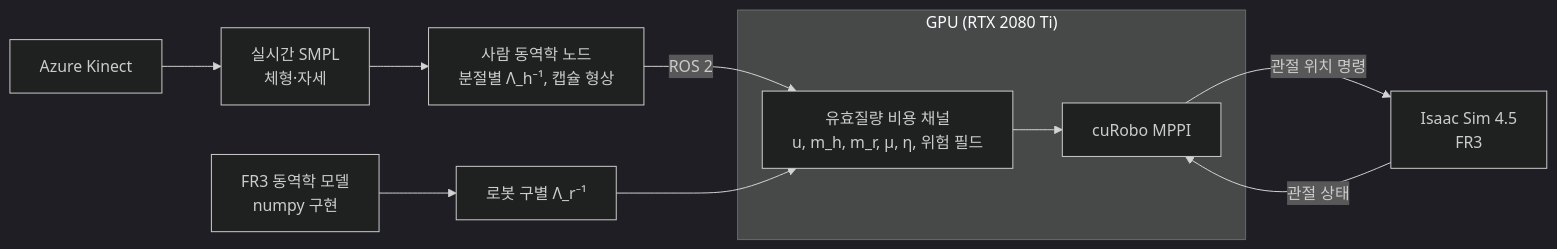
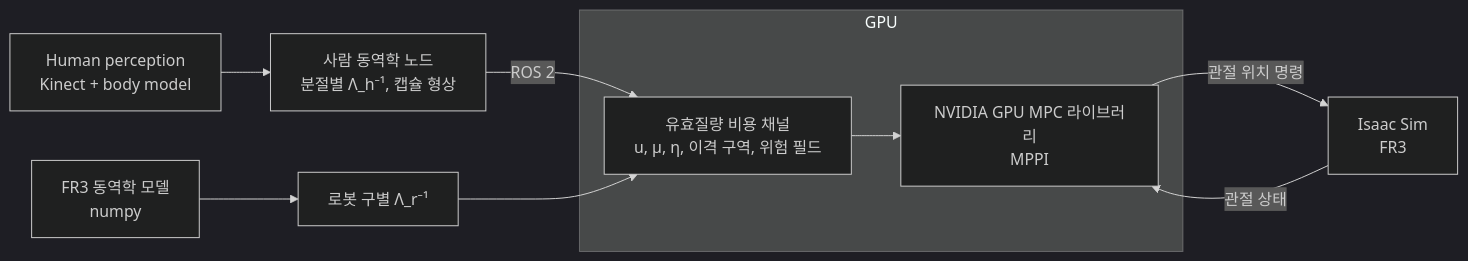
One commit to ukhyeon/effmass-mpc changed the diagram in README.md. Above: the diagram before and after it, drawn with Mermaid (dark theme). The commit also changed other lines of this file and 5 other files, not shown here.

````diff
--- a/README.md
+++ b/README.md
@@ -171,13 +66,12 @@
 ```mermaid
 flowchart LR
-    K[Azure Kinect] --> S[실시간 SMPL<br/>체형·자세]
-    S --> H[사람 동역학 노드<br/>분절별 Λ_h⁻¹, 캡슐 형상]
-    R[FR3 동역학 모델<br/>numpy 구현] --> RR[로봇 구별 Λ_r⁻¹]
+    K[Human perception<br/>Kinect + body model] --> H[사람 동역학 노드<br/>분절별 Λ_h⁻¹, 캡슐 형상]
+    R[FR3 동역학 모델<br/>numpy] --> RR[로봇 구별 Λ_r⁻¹]
     H -->|ROS 2| C
     RR --> C
-    subgraph GPU["GPU (RTX 2080 Ti)"]
-      C[유효질량 비용 채널<br/>u, m_h, m_r, μ, η, 위험 필드] --> M[cuRobo MPPI]
+    subgraph GPU["GPU"]
+      C[유효질량 비용 채널<br/>u, μ, η, 이격 구역, 위험 필드] --> M[NVIDIA GPU MPC 라이브러리<br/>MPPI]
     end
-    M -->|관절 위치 명령| I[Isaac Sim 4.5<br/>FR3]
+    M -->|관절 위치 명령| I[Isaac Sim<br/>FR3]
     I -->|관절 상태| M
 ```
````
